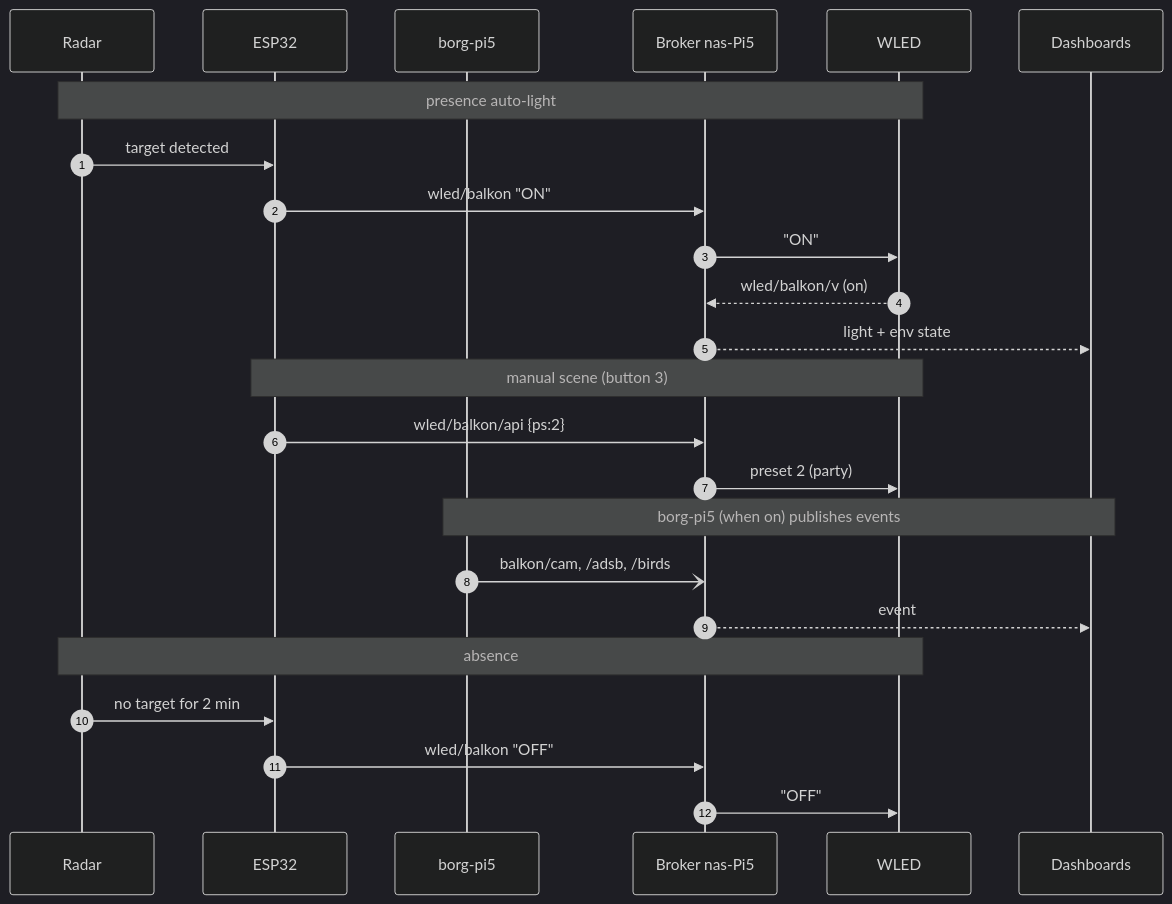
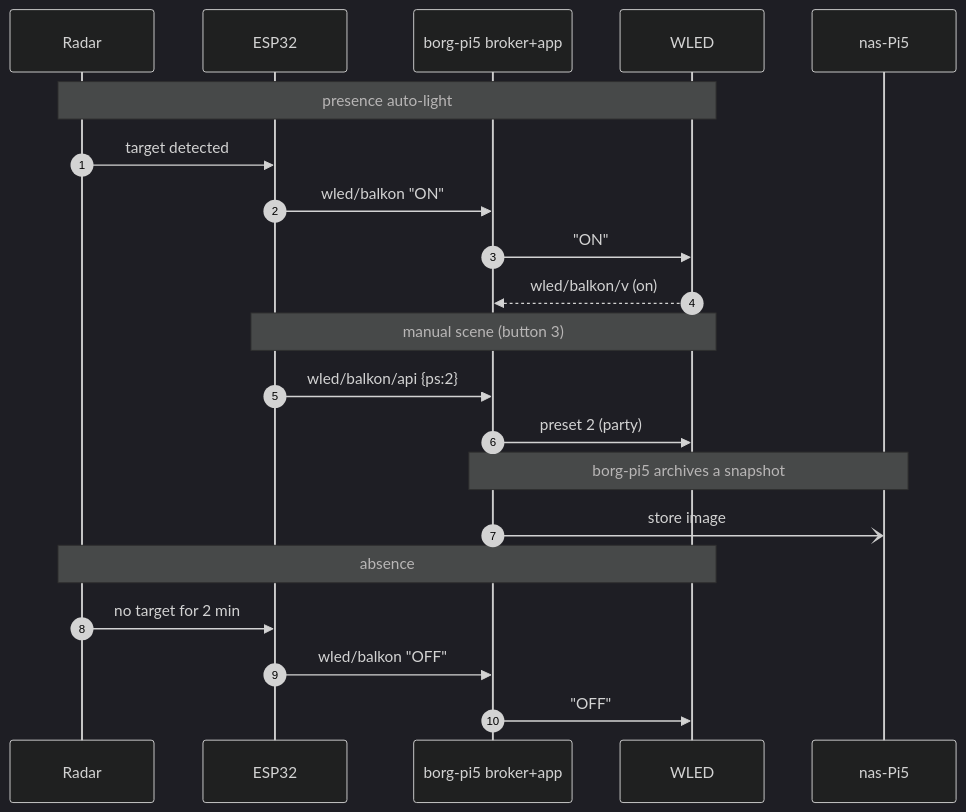
One commit to hgn/balkon-borg changed the third of 3 diagrams in docs/network.md. Above: the diagram before and after it, drawn with Mermaid (dark theme). The commit also changed other lines of this file and 8 other files, not shown here.

First line of the commit message:
docs: borg-pi5 is the hub; nas-Pi5 is a minor helper

````diff
--- a/docs/network.md
+++ b/docs/network.md
@@ -92,30 +93,27 @@
 ```mermaid
 sequenceDiagram
   autonumber
   participant R as Radar
   participant ESP as ESP32
-  participant BP as borg-pi5
-  participant B as Broker nas-Pi5
+  participant BP as borg-pi5 broker+app
   participant W as WLED
-  participant D as Dashboards
+  participant NAS as nas-Pi5
 
   Note over R,W: presence auto-light
   R->>ESP: target detected
-  ESP->>B: wled/balkon "ON"
-  B->>W: "ON"
-  W-->>B: wled/balkon/v (on)
-  B-->>D: light + env state
+  ESP->>BP: wled/balkon "ON"
+  BP->>W: "ON"
+  W-->>BP: wled/balkon/v (on)
 
   Note over ESP,W: manual scene (button 3)
-  ESP->>B: wled/balkon/api {ps:2}
-  B->>W: preset 2 (party)
+  ESP->>BP: wled/balkon/api {ps:2}
+  BP->>W: preset 2 (party)
 
-  Note over BP,D: borg-pi5 (when on) publishes events
-  BP-)B: balkon/cam, /adsb, /birds
-  B-->>D: event
+  Note over BP,NAS: borg-pi5 archives a snapshot
+  BP-)NAS: store image
 
   Note over R,W: absence
   R->>ESP: no target for 2 min
-  ESP->>B: wled/balkon "OFF"
-  B->>W: "OFF"
+  ESP->>BP: wled/balkon "OFF"
+  BP->>W: "OFF"
 ```
````
